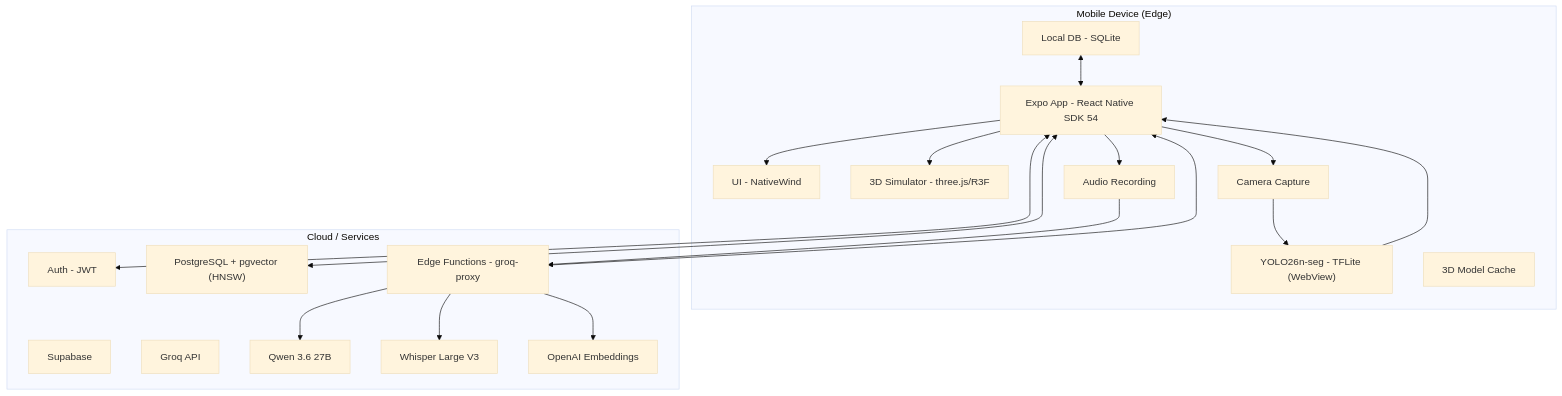
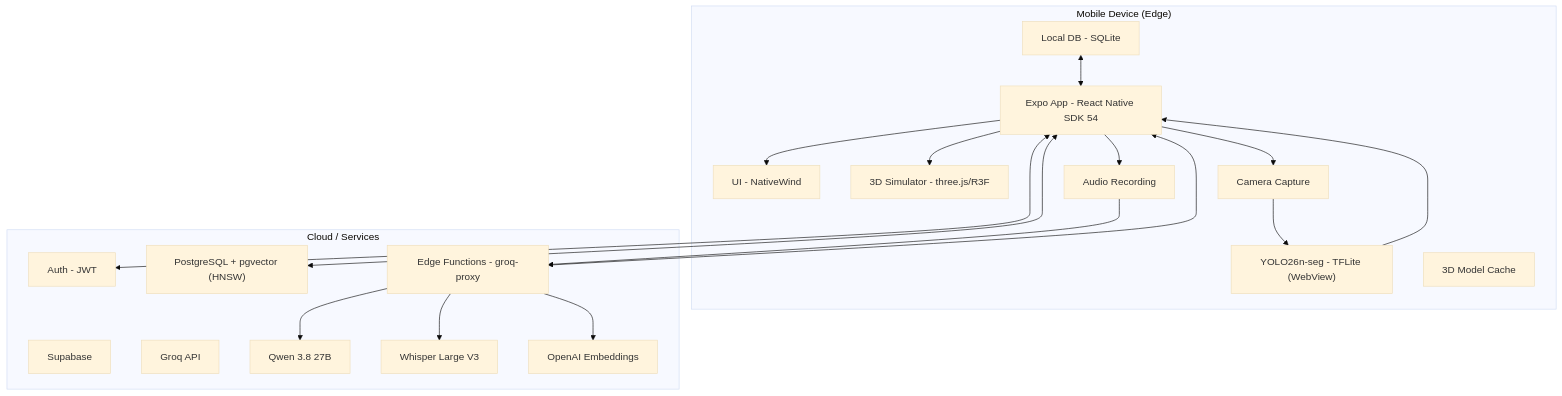
Before and after one commit to garciadervin/dentify: the first of 3 diagrams in PRD.md, drawn with Mermaid (base theme). The commit also changed other lines of this file and 61 other files, not shown here.

````diff
--- a/PRD.md
+++ b/PRD.md
@@ -216,33 +216,33 @@
 ```mermaid
 graph TD
     subgraph "Mobile Device (Edge)"
         A[Expo App - React Native SDK 54]
         B1[UI - NativeWind]
         B2[3D Simulator - three.js/R3F]
         B3[Camera Capture]
         C1["YOLO26n-seg - TFLite (WebView)"]
         C2[Audio Recording]
         C3[3D Model Cache]
         C4[Local DB - SQLite]
     end
 
     subgraph "Cloud / Services"
         D[Supabase]
         D1[Auth - JWT]
         D2["PostgreSQL + pgvector (HNSW)"]
         D3[Edge Functions - groq-proxy]
         E[Groq API]
-        E1[Qwen 3.6 27B]
+        E1[Qwen 3.8 27B]
         E2[Whisper Large V3]
         F[OpenAI Embeddings]
     end
 
     A --> B1 & B2 & B3
     B3 --> C1 --> A
     A --> C2 --> D3
     A <--> D1
     A <--> D2
     A <--> D3 --> E1 & E2
     D3 --> F
     C4 <--> A
 ```
````
